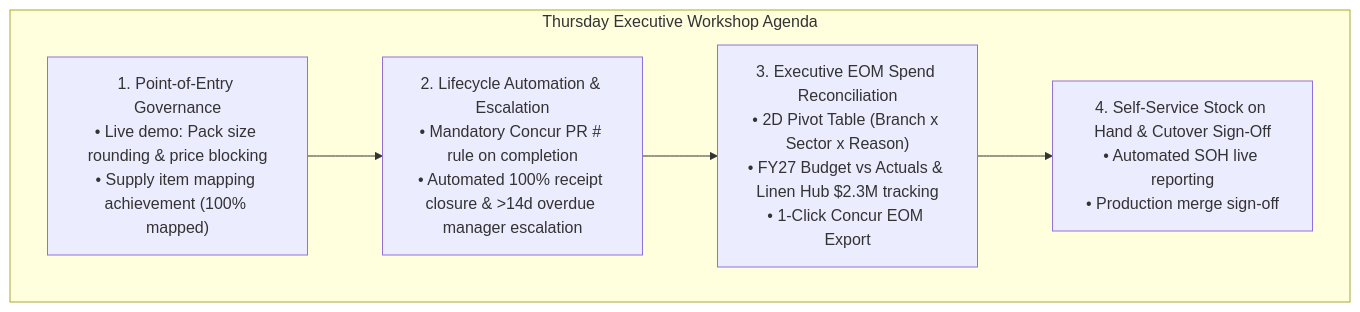
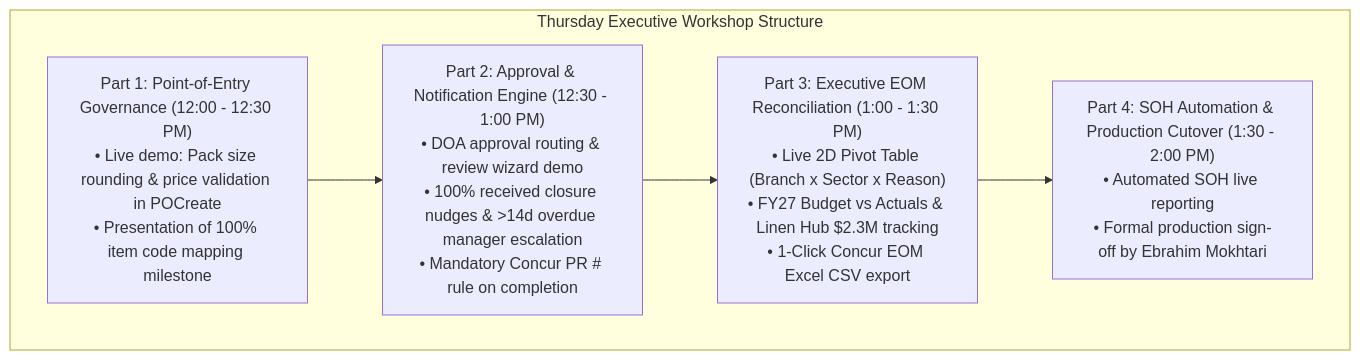
One commit to SPLGit-Project/ProcureFlow-App changed the second of 2 diagrams in docs/DEVELOPMENT_ACTION_PLAN_AUG2026.md. Above: the diagram before and after it, drawn with Mermaid. The commit also changed other lines of this file, not shown here.

Commit message:
docs: finalize v3.0 action plan with clarified stakeholders, approval workflows, DOA & notifications

````diff
--- a/docs/DEVELOPMENT_ACTION_PLAN_AUG2026.md
+++ b/docs/DEVELOPMENT_ACTION_PLAN_AUG2026.md
@@ -110,11 +122,11 @@
 ```mermaid
 flowchart TD
-    subgraph Agenda ["Thursday Executive Workshop Agenda"]
-        A["1. Point-of-Entry Governance<br/>• Live demo: Pack size rounding & price blocking<br/>• Supply item mapping achievement (100% mapped)"]
-        B["2. Lifecycle Automation & Escalation<br/>• Mandatory Concur PR # rule on completion<br/>• Automated 100% receipt closure & >14d overdue manager escalation"]
-        C["3. Executive EOM Spend Reconciliation<br/>• 2D Pivot Table (Branch x Sector x Reason)<br/>• FY27 Budget vs Actuals & Linen Hub $2.3M tracking<br/>• 1-Click Concur EOM Export"]
-        D["4. Self-Service Stock on Hand & Cutover Sign-Off<br/>• Automated SOH live reporting<br/>• Production merge sign-off"]
+    subgraph AgendaFlow ["Thursday Executive Workshop Structure"]
+        D1["Part 1: Point-of-Entry Governance (12:00 - 12:30 PM)<br/>• Live demo: Pack size rounding & price validation in POCreate<br/>• Presentation of 100% item code mapping milestone"]
+        D2["Part 2: Approval & Notification Engine (12:30 - 1:00 PM)<br/>• DOA approval routing & review wizard demo<br/>• 100% received closure nudges & >14d overdue manager escalation<br/>• Mandatory Concur PR # rule on completion"]
+        D3["Part 3: Executive EOM Reconciliation (1:00 - 1:30 PM)<br/>• Live 2D Pivot Table (Branch x Sector x Reason)<br/>• FY27 Budget vs Actuals & Linen Hub $2.3M tracking<br/>• 1-Click Concur EOM Excel CSV export"]
+        D4["Part 4: SOH Automation & Production Cutover (1:30 - 2:00 PM)<br/>• Automated SOH live reporting<br/>• Formal production sign-off by Ebrahim Mokhtari"]
     end
 
-    A --> B --> C --> D
+    D1 --> D2 --> D3 --> D4
 ```
````
